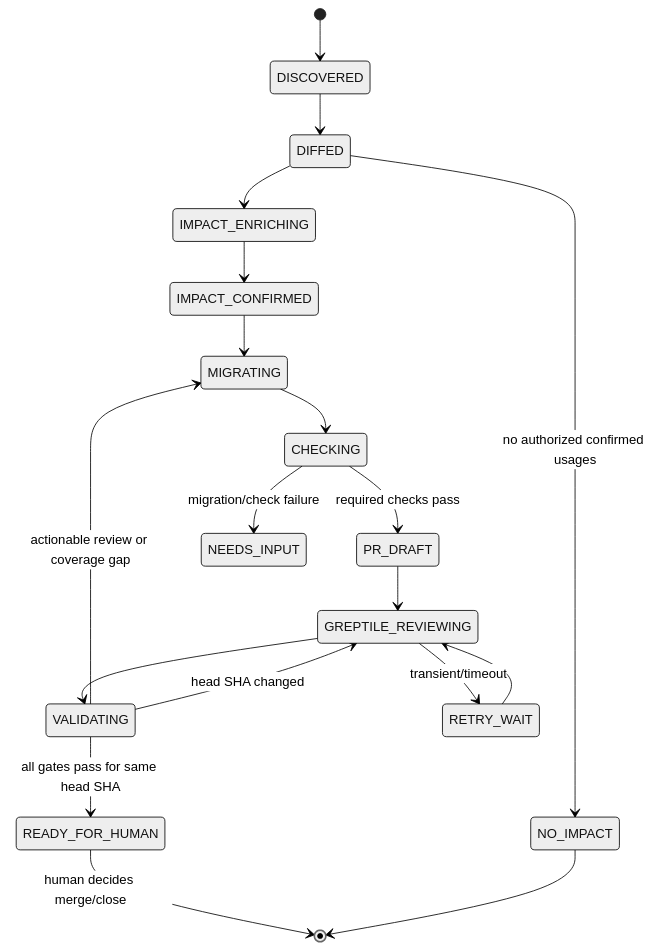
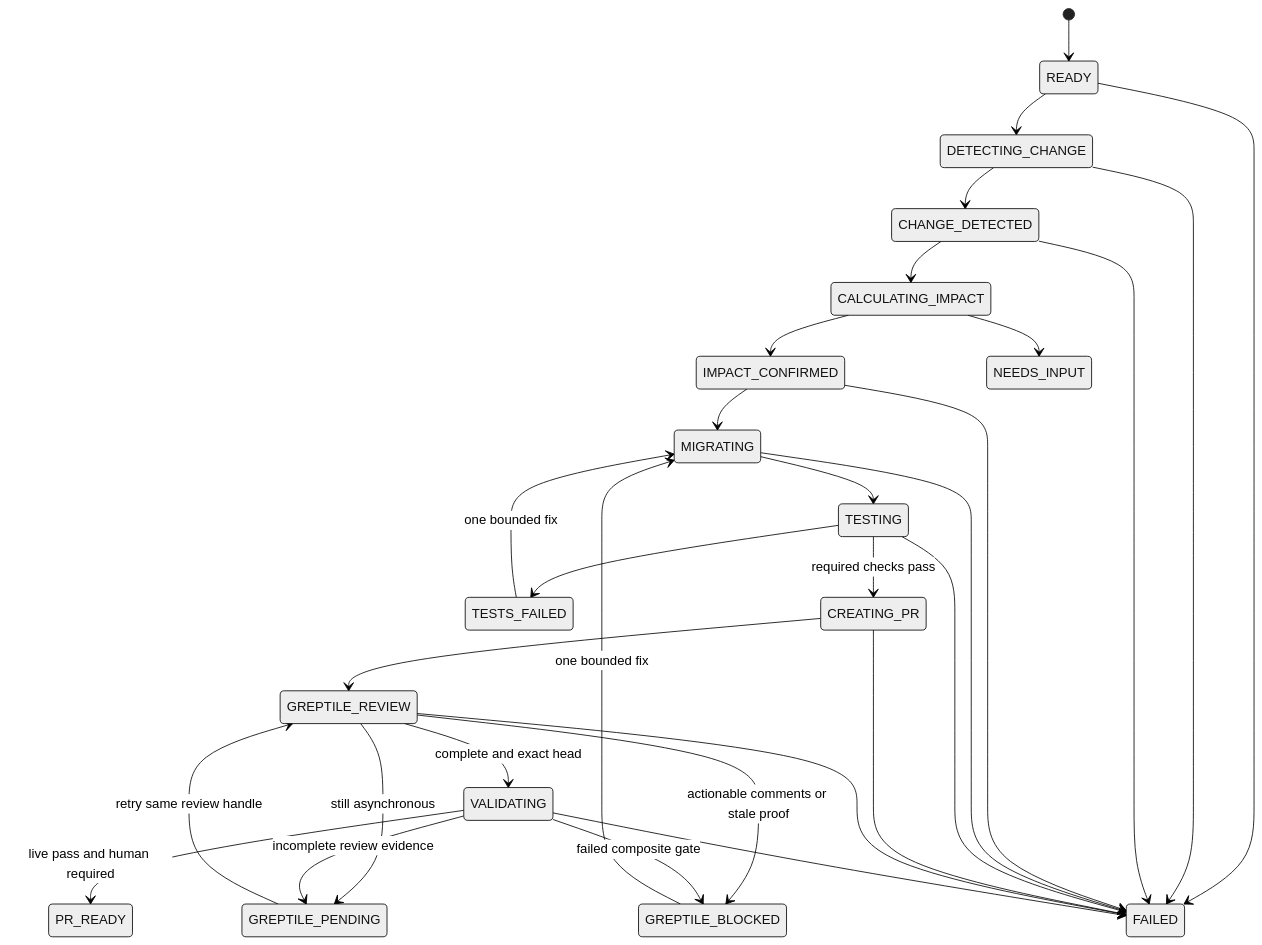
One commit to Tanmay-Soni/Tether changed the diagram in docs/architecture/overview.md. Above: the diagram before and after it, drawn with Mermaid (neutral theme). The commit also changed other lines of this file and 22 other files, not shown here.

````diff
--- a/docs/architecture/overview.md
+++ b/docs/architecture/overview.md
@@ -86,21 +60,32 @@
 ```mermaid
 stateDiagram-v2
-  [*] --> DISCOVERED
-  DISCOVERED --> DIFFED
-  DIFFED --> NO_IMPACT: no authorized confirmed usages
-  DIFFED --> IMPACT_ENRICHING
-  IMPACT_ENRICHING --> IMPACT_CONFIRMED
-  IMPACT_CONFIRMED --> MIGRATING
-  MIGRATING --> CHECKING
-  CHECKING --> PR_DRAFT: required checks pass
-  CHECKING --> NEEDS_INPUT: migration/check failure
-  PR_DRAFT --> GREPTILE_REVIEWING
-  GREPTILE_REVIEWING --> VALIDATING
-  VALIDATING --> MIGRATING: actionable review or coverage gap
-  VALIDATING --> GREPTILE_REVIEWING: head SHA changed
-  VALIDATING --> READY_FOR_HUMAN: all gates pass for same head SHA
-  GREPTILE_REVIEWING --> RETRY_WAIT: transient/timeout
-  RETRY_WAIT --> GREPTILE_REVIEWING
-  READY_FOR_HUMAN --> [*]: human decides merge/close
-  NO_IMPACT --> [*]
+    [*] --> READY
+    READY --> DETECTING_CHANGE
+    DETECTING_CHANGE --> CHANGE_DETECTED
+    CHANGE_DETECTED --> CALCULATING_IMPACT
+    CALCULATING_IMPACT --> IMPACT_CONFIRMED
+    CALCULATING_IMPACT --> NEEDS_INPUT
+    IMPACT_CONFIRMED --> MIGRATING
+    MIGRATING --> TESTING
+    TESTING --> TESTS_FAILED
+    TESTS_FAILED --> MIGRATING: one bounded fix
+    TESTING --> CREATING_PR: required checks pass
+    CREATING_PR --> GREPTILE_REVIEW
+    GREPTILE_REVIEW --> GREPTILE_PENDING: still asynchronous
+    GREPTILE_PENDING --> GREPTILE_REVIEW: retry same review handle
+    GREPTILE_REVIEW --> GREPTILE_BLOCKED: actionable comments or stale proof
+    GREPTILE_BLOCKED --> MIGRATING: one bounded fix
+    GREPTILE_REVIEW --> VALIDATING: complete and exact head
+    VALIDATING --> PR_READY: live pass and human required
+    VALIDATING --> GREPTILE_PENDING: incomplete review evidence
+    VALIDATING --> GREPTILE_BLOCKED: failed composite gate
+    READY --> FAILED
+    DETECTING_CHANGE --> FAILED
+    CHANGE_DETECTED --> FAILED
+    IMPACT_CONFIRMED --> FAILED
+    MIGRATING --> FAILED
+    TESTING --> FAILED
+    CREATING_PR --> FAILED
+    GREPTILE_REVIEW --> FAILED
+    VALIDATING --> FAILED
 ```
````
